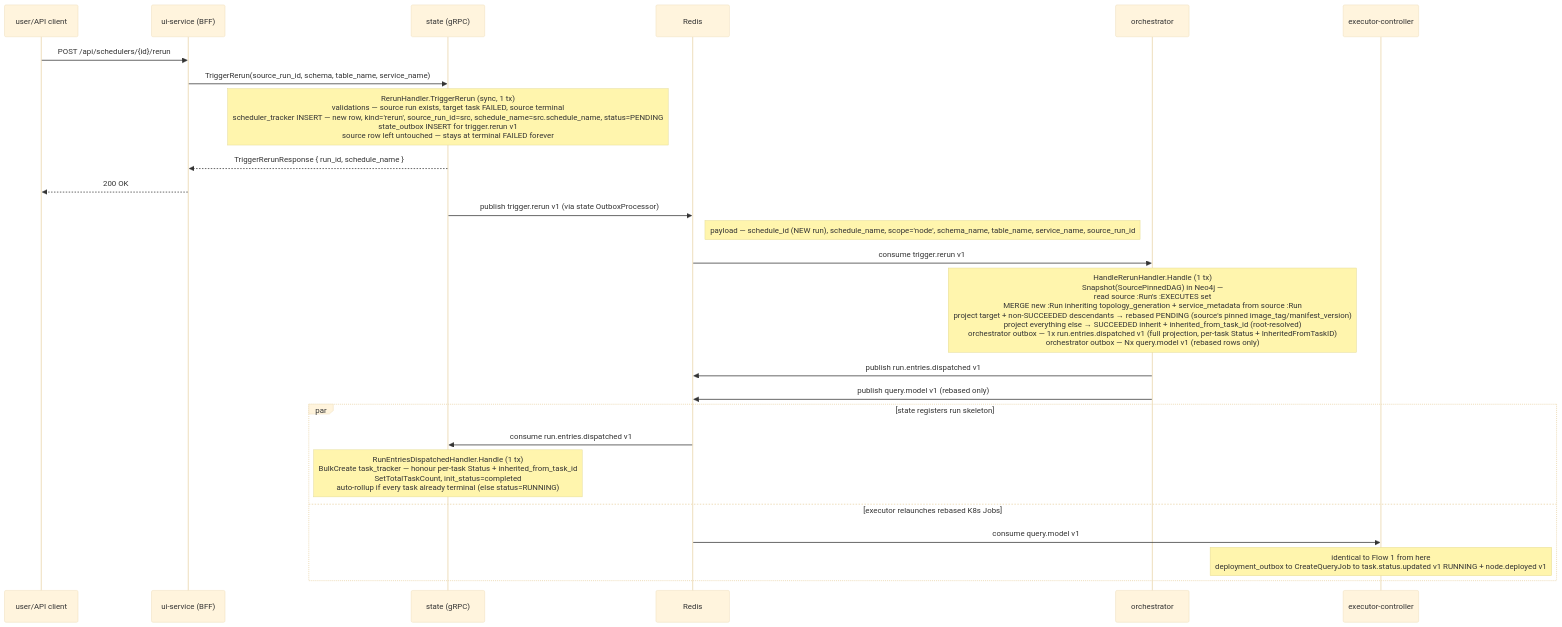
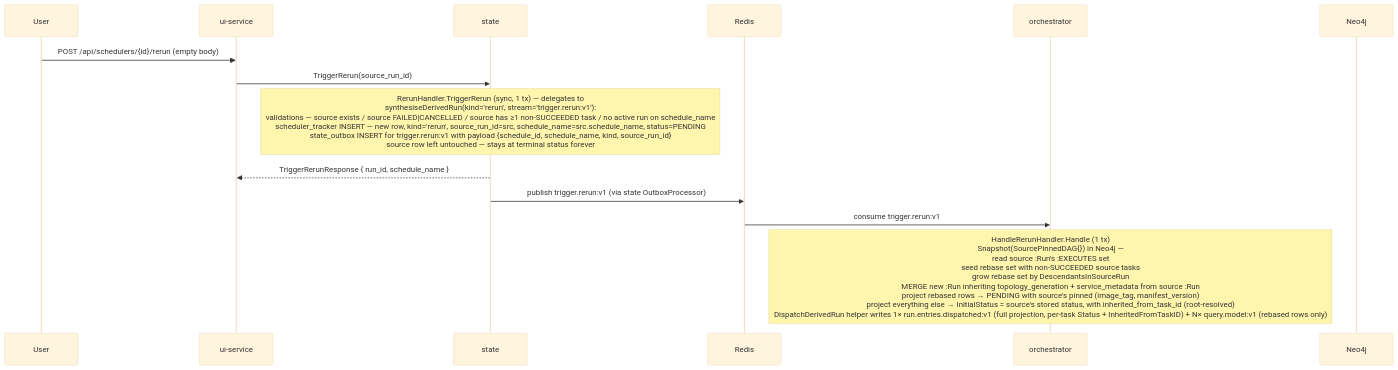
The fourth of 10 diagrams in docs/arch/03-sequence-flows.md (carolsimone/continuo), drawn with Mermaid (base theme) before and after one commit. The commit also changed other lines of this file and 3 other files, not shown here.

Commit message:
docs(arch): reconcile rerun flow with rebase parity

````diff
--- a/docs/arch/03-sequence-flows.md
+++ b/docs/arch/03-sequence-flows.md
@@ -122,30 +122,19 @@
 ```mermaid
 sequenceDiagram
-  participant U as user/API client
-  participant UI as ui-service (BFF)
-  participant ST as state (gRPC)
+  participant U as User
+  participant UI as ui-service
+  participant ST as state
   participant R as Redis
   participant OR as orchestrator
-  participant EC as executor-controller
+  participant N4 as Neo4j
 
-  U->>UI: POST /api/schedulers/{id}/rerun
-  UI->>ST: TriggerRerun(source_run_id, schema, table_name, service_name)
-  Note over ST: RerunHandler.TriggerRerun (sync, 1 tx)<br/>validations — source run exists, target task FAILED, source terminal<br/>scheduler_tracker INSERT — new row, kind='rerun', source_run_id=src, schedule_name=src.schedule_name, status=PENDING<br/>state_outbox INSERT for trigger.rerun v1<br/>source row left untouched — stays at terminal FAILED forever
+  U->>UI: POST /api/schedulers/{id}/rerun (empty body)
+  UI->>ST: TriggerRerun(source_run_id)
+  Note over ST: RerunHandler.TriggerRerun (sync, 1 tx) — delegates to<br/>synthesiseDerivedRun(kind='rerun', stream='trigger.rerun:v1'):<br/>validations — source exists / source FAILED|CANCELLED / source has ≥1 non-SUCCEEDED task / no active run on schedule_name<br/>scheduler_tracker INSERT — new row, kind='rerun', source_run_id=src, schedule_name=src.schedule_name, status=PENDING<br/>state_outbox INSERT for trigger.rerun:v1 with payload {schedule_id, schedule_name, kind, source_run_id}<br/>source row left untouched — stays at terminal status forever
   ST-->>UI: TriggerRerunResponse { run_id, schedule_name }
-  UI-->>U: 200 OK
-  ST->>R: publish trigger.rerun v1 (via state OutboxProcessor)
-  Note right of R: payload — schedule_id (NEW run), schedule_name, scope='node', schema_name, table_name, service_name, source_run_id
 
-  R->>OR: consume trigger.rerun v1
-  Note over OR: HandleRerunHandler.Handle (1 tx)<br/>Snapshot(SourcePinnedDAG) in Neo4j —<br/>  read source :Run's :EXECUTES set<br/>  MERGE new :Run inheriting topology_generation + service_metadata from source :Run<br/>  project target + non-SUCCEEDED descendants → rebased PENDING (source's pinned image_tag/manifest_version)<br/>  project everything else → SUCCEEDED inherit + inherited_from_task_id (root-resolved)<br/>orchestrator outbox — 1x run.entries.dispatched v1 (full projection, per-task Status + InheritedFromTaskID)<br/>orchestrator outbox — Nx query.model v1 (rebased rows only)
-  OR->>R: publish run.entries.dispatched v1
-  OR->>R: publish query.model v1 (rebased only)
+  ST->>R: publish trigger.rerun:v1 (via state OutboxProcessor)
 
-  par state registers run skeleton
-    R->>ST: consume run.entries.dispatched v1
-    Note over ST: RunEntriesDispatchedHandler.Handle (1 tx)<br/>BulkCreate task_tracker — honour per-task Status + inherited_from_task_id<br/>SetTotalTaskCount, init_status=completed<br/>auto-rollup if every task already terminal (else status=RUNNING)
-  and executor relaunches rebased K8s Jobs
-    R->>EC: consume query.model v1
-    Note over EC: identical to Flow 1 from here<br/>deployment_outbox to CreateQueryJob to task.status.updated v1 RUNNING + node.deployed v1
-  end
+  R->>OR: consume trigger.rerun:v1
+  Note over OR: HandleRerunHandler.Handle (1 tx)<br/>Snapshot(SourcePinnedDAG{}) in Neo4j —<br/>  read source :Run's :EXECUTES set<br/>  seed rebase set with non-SUCCEEDED source tasks<br/>  grow rebase set by DescendantsInSourceRun<br/>  MERGE new :Run inheriting topology_generation + service_metadata from source :Run<br/>  project rebased rows → PENDING with source's pinned (image_tag, manifest_version)<br/>  project everything else → InitialStatus = source's stored status, with inherited_from_task_id (root-resolved)<br/>DispatchDerivedRun helper writes 1× run.entries.dispatched:v1 (full projection, per-task Status + InheritedFromTaskID) + N× query.model:v1 (rebased rows only)
 ```
````
